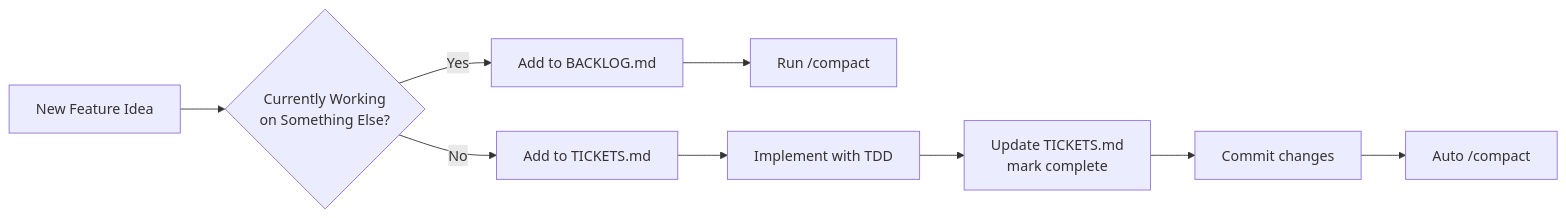
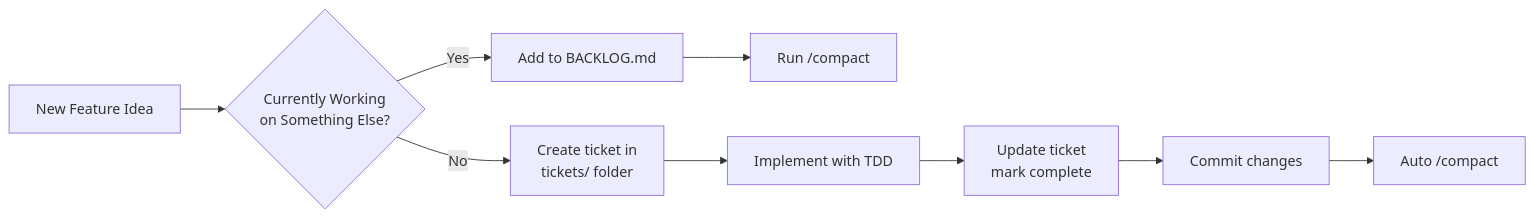
One commit to mlongerich/DonationTracker changed the second of 6 diagrams in CLAUDE.md. Above: the diagram before and after it, drawn with Mermaid. The commit also changed other lines of this file and 15 other files, not shown here.

````diff
--- a/CLAUDE.md
+++ b/CLAUDE.md
@@ -61,11 +66,11 @@
 ```mermaid
 flowchart LR
     A[New Feature Idea] --> B{Currently Working<br/>on Something Else?}
     B -->|Yes| C[Add to BACKLOG.md]
-    B -->|No| D[Add to TICKETS.md]
+    B -->|No| D[Create ticket in<br/>tickets/ folder]
     C --> E[Run /compact]
     D --> F[Implement with TDD]
-    F --> G[Update TICKETS.md<br/>mark complete]
+    F --> G[Update ticket<br/>mark complete]
     G --> H[Commit changes]
     H --> I[Auto /compact]
 ```
````
